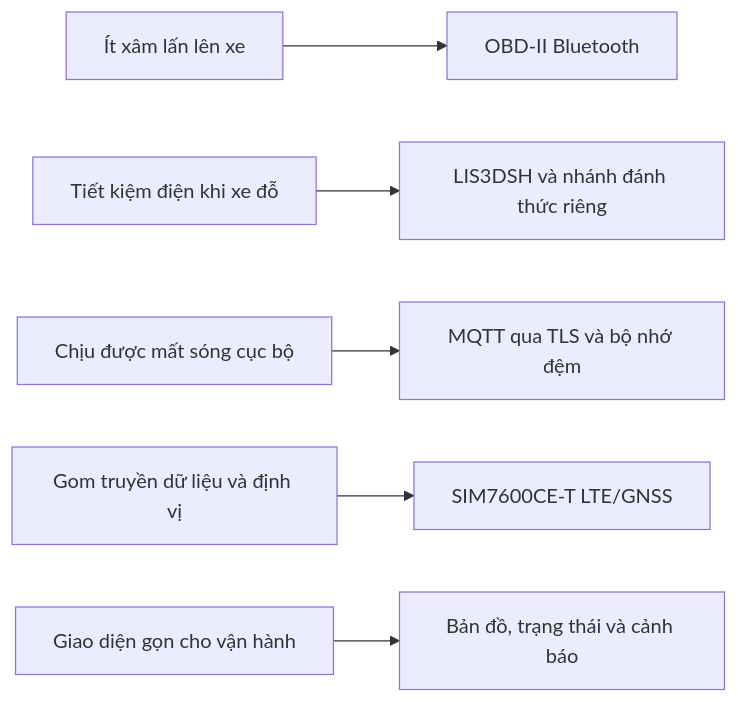
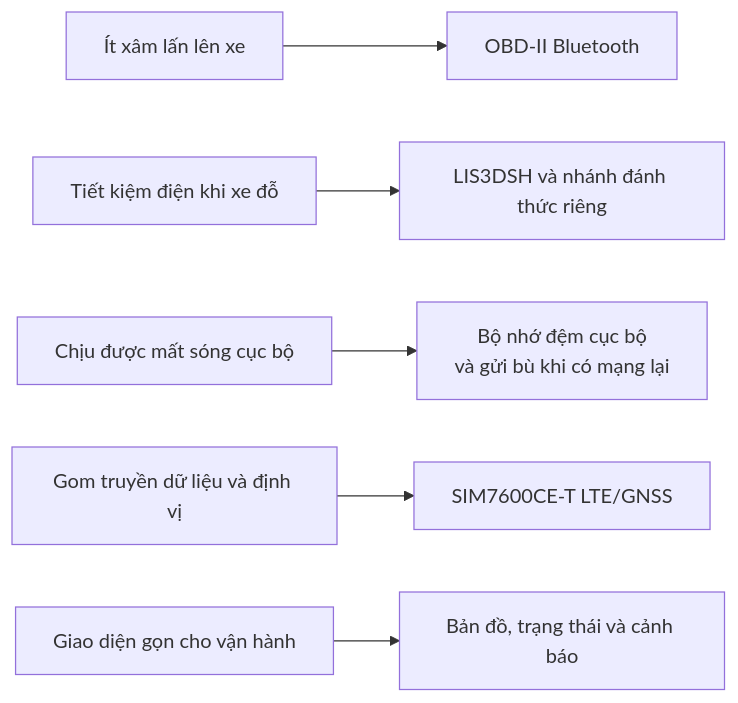
Before and after one commit to anmh1205/IoT_Vehicle_Tracking_System: the diagram in resources/reports/thesis/final/assets/uml/03-chuong-3-giai-phap-phan-cung-hinh-3-7-constraints-r11.mmd, drawn with Mermaid. The commit also changed 88 other files, not shown here.

```diff
--- a/resources/reports/thesis/final/assets/uml/03-chuong-3-giai-phap-phan-cung-hinh-3-7-constraints-r11.mmd
+++ b/resources/reports/thesis/final/assets/uml/03-chuong-3-giai-phap-phan-cung-hinh-3-7-constraints-r11.mmd
@@ -1,6 +1,6 @@
 flowchart LR
     C1["Ít xâm lấn lên xe"] --> S1["OBD-II Bluetooth"]
     C2["Tiết kiệm điện khi xe đỗ"] --> S2["LIS3DSH và nhánh đánh thức riêng"]
-    C3["Chịu được mất sóng cục bộ"] --> S3["MQTT qua TLS và bộ nhớ đệm"]
+    C3["Chịu được mất sóng cục bộ"] --> S3["Bộ nhớ đệm cục bộ<br/>và gửi bù khi có mạng lại"]
     C4["Gom truyền dữ liệu và định vị"] --> S4["SIM7600CE-T LTE/GNSS"]
     C5["Giao diện gọn cho vận hành"] --> S5["Bản đồ, trạng thái và cảnh báo"]
```
